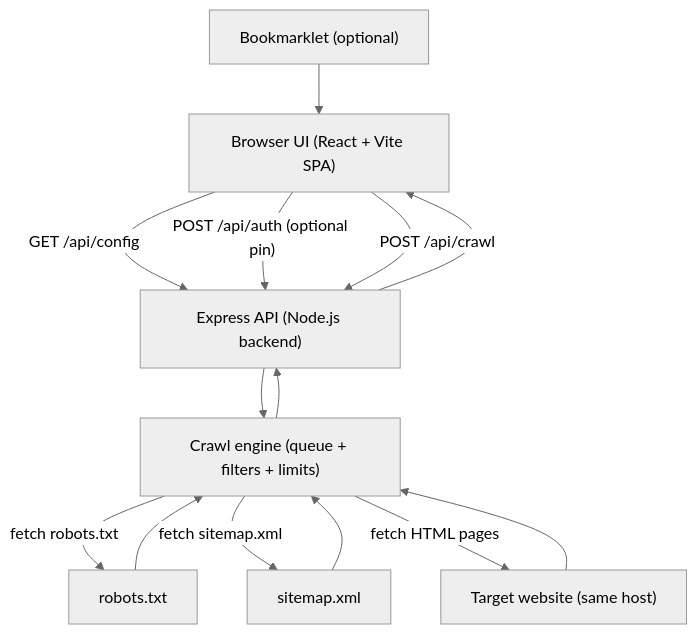
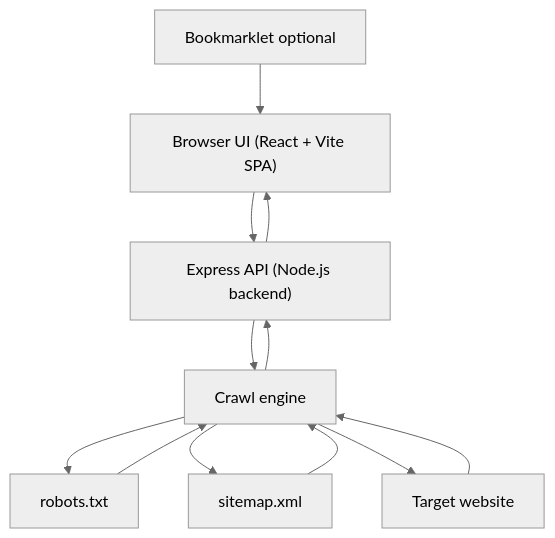
One commit to CarlasHub/site-crawler changed the diagram in README.md. Above: the diagram before and after it, drawn with Mermaid (neutral theme).

Commit message:
readMe update

````diff
--- a/README.md
+++ b/README.md
@@ -96,18 +96,16 @@
 ```mermaid
 flowchart TD
-  Bookmarklet["Bookmarklet (optional)"] --> UI["Browser UI (React + Vite SPA)"]
-  UI -->|"GET /api/config"| API["Express API (Node.js backend)"]
-  UI -->|"POST /api/auth (optional pin)"| API
-  UI -->|"POST /api/crawl"| API
+  Bookmarklet["Bookmarklet optional"] --> UI["Browser UI (React + Vite SPA)"]
+  UI --> API["Express API (Node.js backend)"]
 
-  API --> Crawler["Crawl engine (queue + filters + limits)"]
-  Crawler -->|fetch robots.txt| Robots["robots.txt"]
-  Crawler -->|fetch sitemap.xml| Sitemap["sitemap.xml"]
-  Crawler -->|fetch HTML pages| Site["Target website (same host)"]
+  API --> Crawler["Crawl engine"]
+  Crawler --> Robots["robots.txt"]
+  Crawler --> Sitemap["sitemap.xml"]
+  Crawler --> Site["Target website"]
 
   Robots --> Crawler
   Sitemap --> Crawler
   Site --> Crawler
   Crawler --> API
   API --> UI
 ```
````
